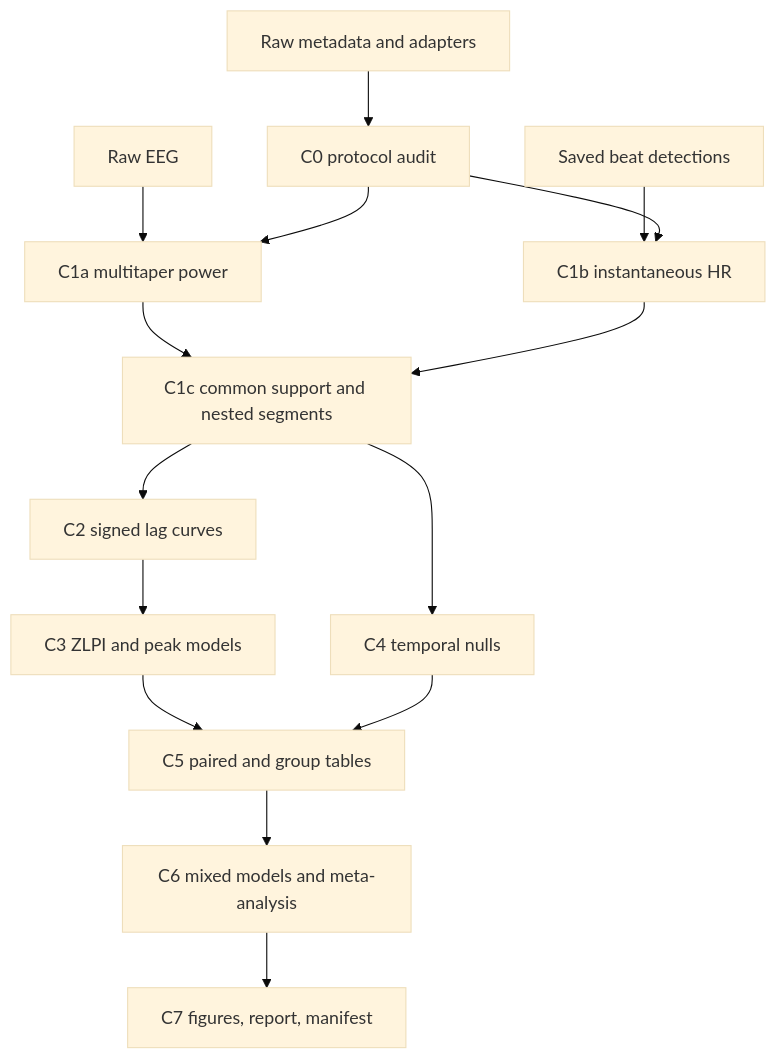
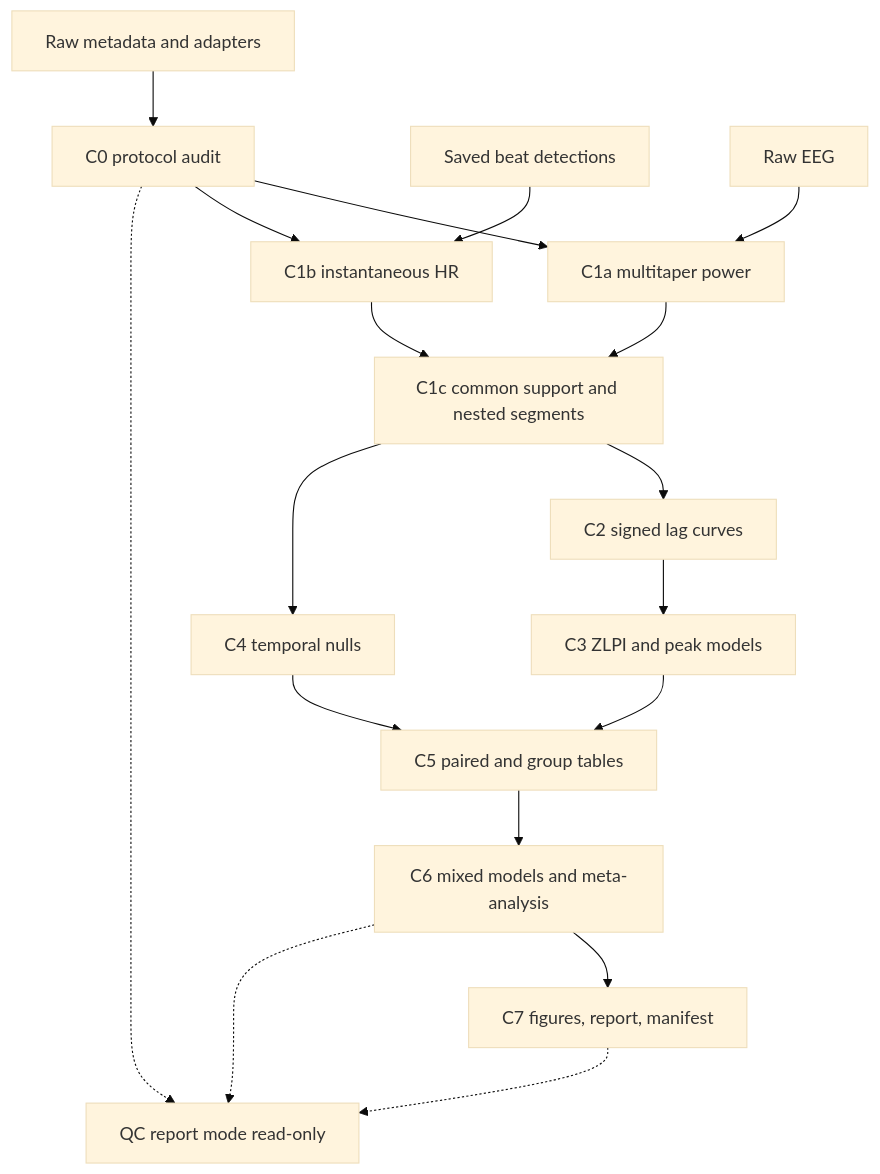
Before and after one commit to Sara-Bonyadian/Thesis: the diagram in .cursor/plans/zero_lag_redesign_e761cae5.plan.md, drawn with Mermaid (base theme). The commit also changed other lines of this file and 20 other files, not shown here.

````diff
--- a/.cursor/plans/zero_lag_redesign_e761cae5.plan.md
+++ b/.cursor/plans/zero_lag_redesign_e761cae5.plan.md
@@ -100,17 +104,20 @@
 ```mermaid
 flowchart TD
   RawMeta["Raw metadata and adapters"] --> C0["C0 protocol audit"]
   SavedBeats["Saved beat detections"] --> C1b["C1b instantaneous HR"]
   RawEEG["Raw EEG"] --> C1a["C1a multitaper power"]
   C0 --> C1a
   C0 --> C1b
   C1a --> C1c["C1c common support and nested segments"]
   C1b --> C1c
   C1c --> C2["C2 signed lag curves"]
   C2 --> C3["C3 ZLPI and peak models"]
   C1c --> C4["C4 temporal nulls"]
   C3 --> C5["C5 paired and group tables"]
   C4 --> C5
   C5 --> C6["C6 mixed models and meta-analysis"]
   C6 --> C7["C7 figures, report, manifest"]
+  C7 -.-> QC["QC report mode read-only"]
+  C0 -.-> QC
+  C6 -.-> QC
 ```
````
